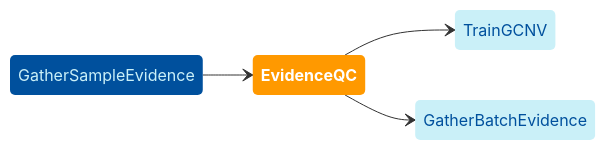
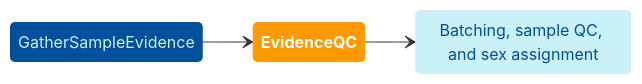
Before and after one commit to broadinstitute/gatk-sv: the diagram in website/docs/modules/evidence_qc.md, drawn with Mermaid. The commit also changed other lines of this file and 3 other files, not shown here.

Commit message:
update diagrams to display recommended invocation order.

````diff
--- a/website/docs/modules/evidence_qc.md
+++ b/website/docs/modules/evidence_qc.md
@@ -27,21 +29,20 @@
 ```mermaid
 
 stateDiagram
   direction LR
   
   classDef inModules stroke-width:0px,fill:#00509d,color:#caf0f8
   classDef thisModule font-weight:bold,stroke-width:0px,fill:#ff9900,color:white
   classDef outModules stroke-width:0px,fill:#caf0f8,color:#00509d
 
   gse: GatherSampleEvidence
-  gbe: GatherBatchEvidence
   eqc: EvidenceQC
-  t: TrainGCNV
+  batching: Batching, sample QC, and sex assignment
+  
   gse --> eqc
-  eqc --> t
-  eqc --> gbe
+  eqc --> batching
   
   class eqc thisModule
   class gse inModules
-  class t, gbe outModules
+  class batching outModules
 ```
````
